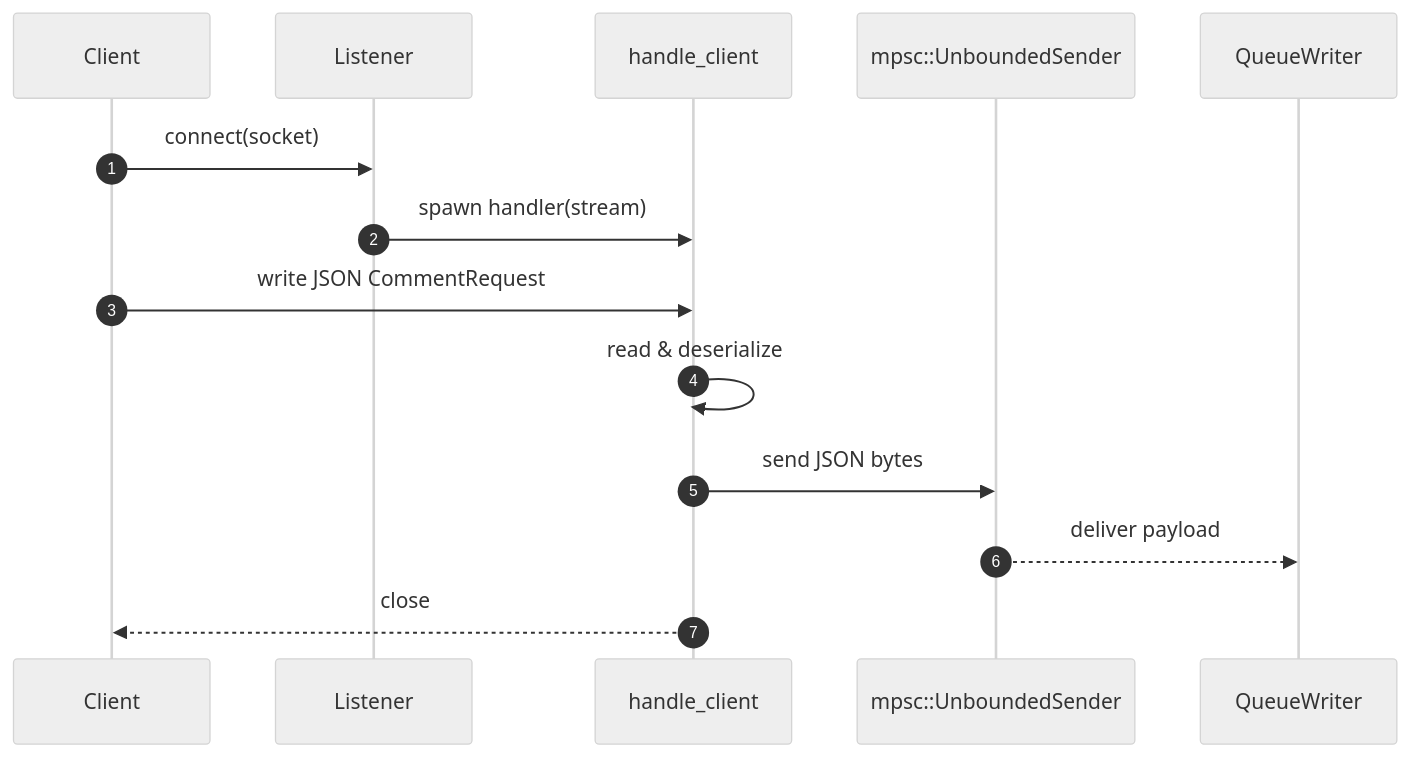
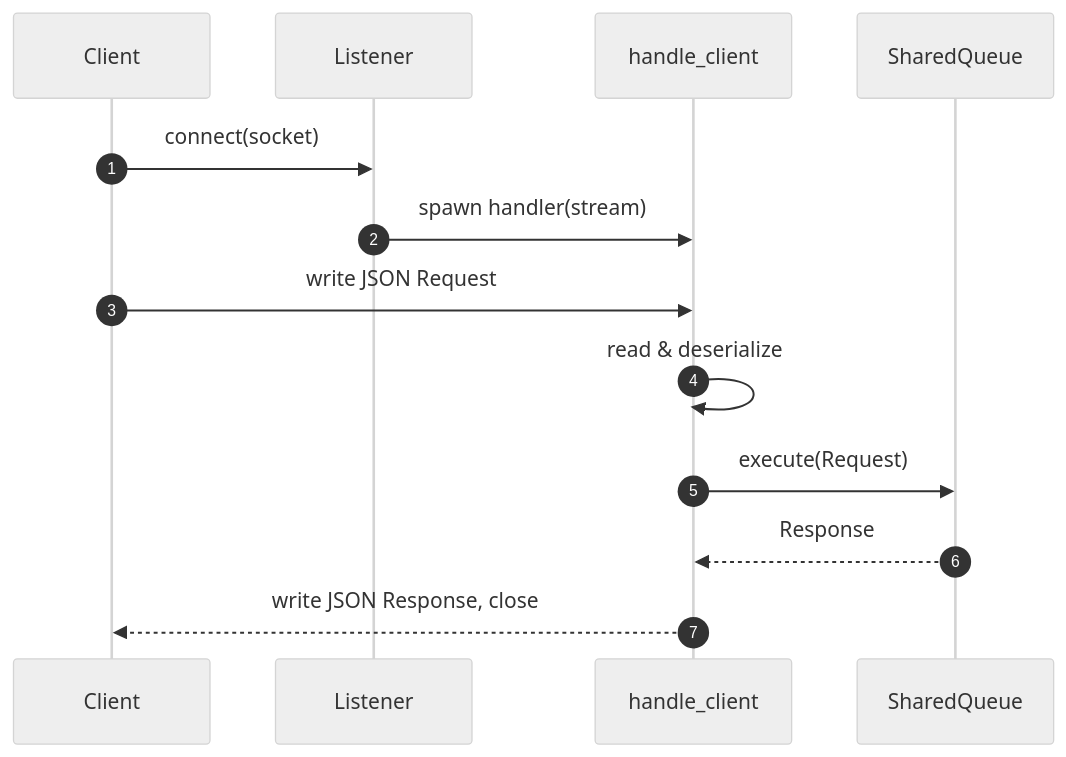
One commit to leynos/comenq changed the second of 3 diagrams in docs/comenq-design.md. Above: the diagram before and after it, drawn with Mermaid (neutral theme). The commit also changed other lines of this file and 11 other files, not shown here.

````diff
--- a/docs/comenq-design.md
+++ b/docs/comenq-design.md
@@ -506,17 +580,16 @@
 ```mermaid
 sequenceDiagram
   autonumber
   participant Client as Client
   participant L as Listener
   participant H as handle_client
-  participant TX as mpsc::UnboundedSender
-  participant QW as QueueWriter
+  participant Q as SharedQueue
 
   Client->>L: connect(socket)
   L->>H: spawn handler(stream)
-  Client->>H: write JSON CommentRequest
+  Client->>H: write JSON Request
   H->>H: read & deserialize
-  H->>TX: send JSON bytes
-  TX-->>QW: deliver payload
-  H-->>Client: close
+  H->>Q: execute(Request)
+  Q-->>H: Response
+  H-->>Client: write JSON Response, close
 ```
````
